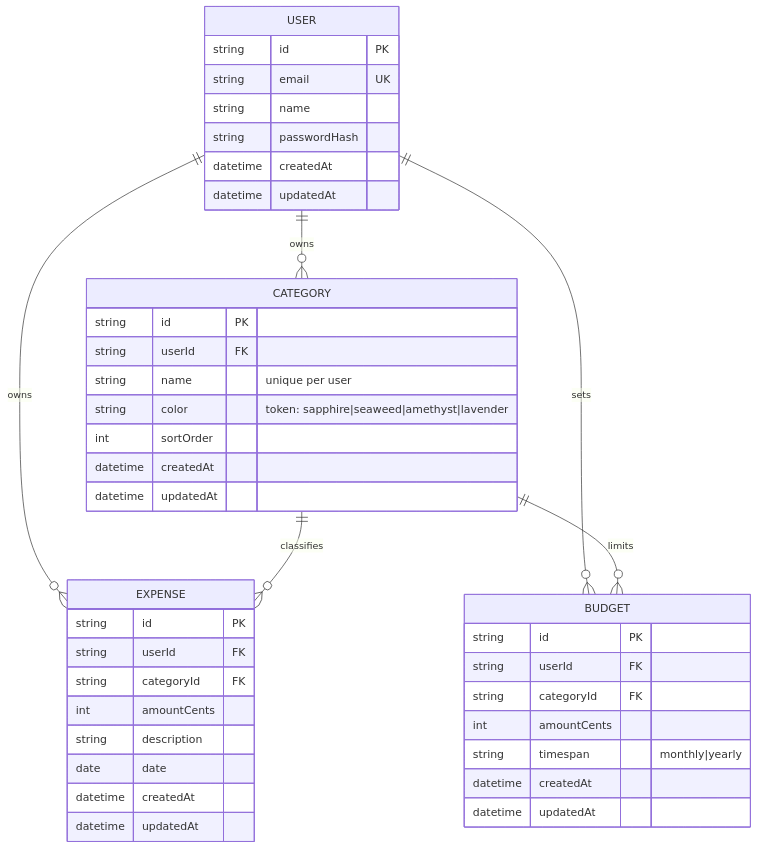
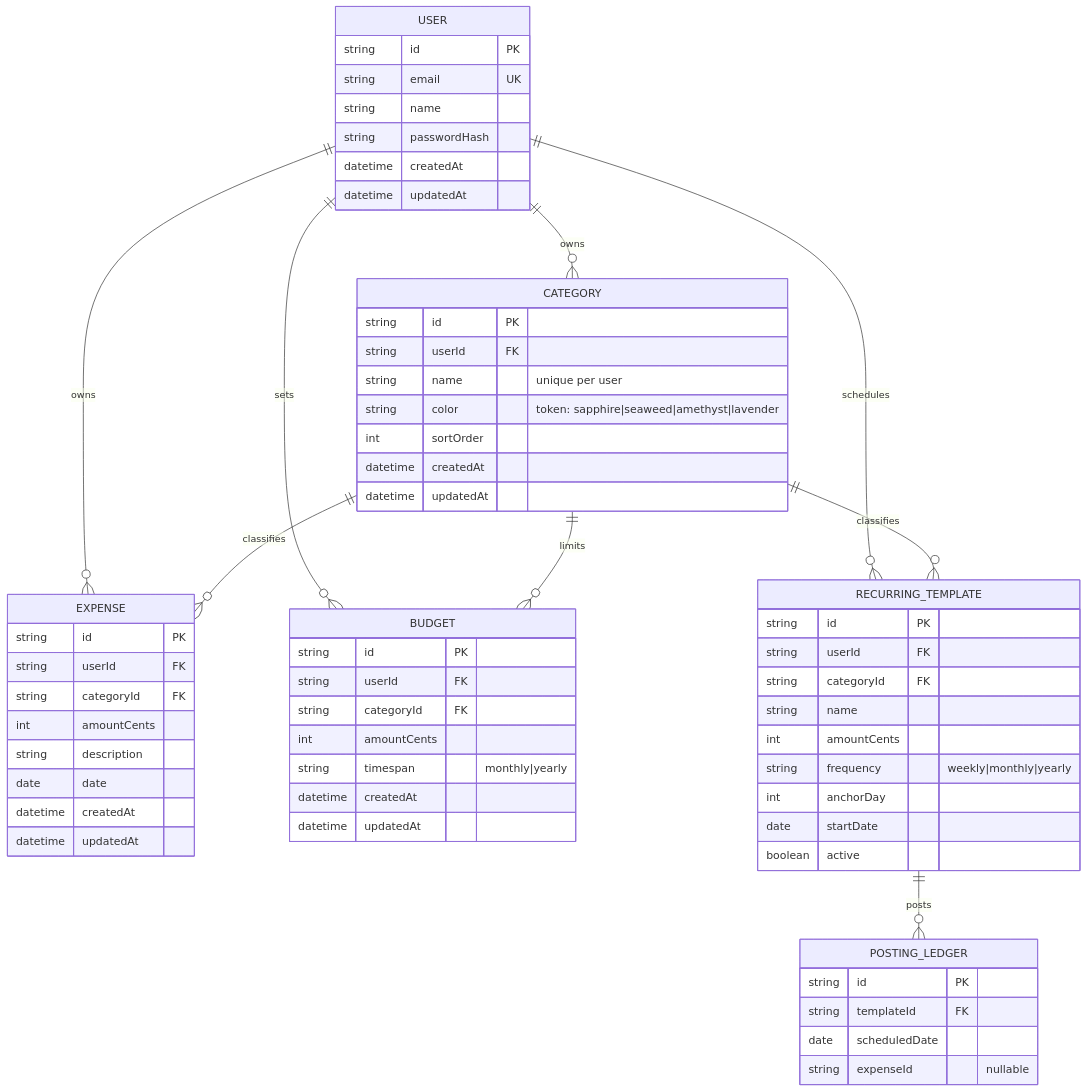
Before and after one commit to ayfor/billd: the diagram in docs/architecture/erd.md, drawn with Mermaid. The commit also changed 12 other files, not shown here.

First line of the commit message:
feat: S6.1 recurring template CRUD

````diff
--- a/docs/architecture/erd.md
+++ b/docs/architecture/erd.md
@@ -5,46 +5,66 @@
 ```mermaid
 erDiagram
     USER ||--o{ CATEGORY : owns
     USER ||--o{ EXPENSE : owns
     USER ||--o{ BUDGET : sets
     CATEGORY ||--o{ EXPENSE : classifies
     CATEGORY ||--o{ BUDGET : limits
     USER {
         string id PK
         string email UK
         string name
         string passwordHash
         datetime createdAt
         datetime updatedAt
     }
     CATEGORY {
         string id PK
         string userId FK
         string name "unique per user"
         string color "token: sapphire|seaweed|amethyst|lavender"
         int sortOrder
         datetime createdAt
         datetime updatedAt
     }
     EXPENSE {
         string id PK
         string userId FK
         string categoryId FK
         int amountCents
         string description
         date date
         datetime createdAt
         datetime updatedAt
     }
     BUDGET {
         string id PK
         string userId FK
         string categoryId FK
         int amountCents
         string timespan "monthly|yearly"
         datetime createdAt
         datetime updatedAt
     }
     %% unique: BUDGET(userId, categoryId, timespan)
-    %% S6.1 adds RECURRING_TEMPLATE + POSTING_LEDGER
+    USER ||--o{ RECURRING_TEMPLATE : schedules
+    CATEGORY ||--o{ RECURRING_TEMPLATE : classifies
+    RECURRING_TEMPLATE ||--o{ POSTING_LEDGER : posts
+    RECURRING_TEMPLATE {
+        string id PK
+        string userId FK
+        string categoryId FK
+        string name
+        int amountCents
+        string frequency "weekly|monthly|yearly"
+        int anchorDay
+        date startDate
+        boolean active
+    }
+    POSTING_LEDGER {
+        string id PK
+        string templateId FK
+        date scheduledDate
+        string expenseId "nullable"
+    }
+    %% unique: POSTING_LEDGER(templateId, scheduledDate) — idempotency for S6.2
 ```
````
